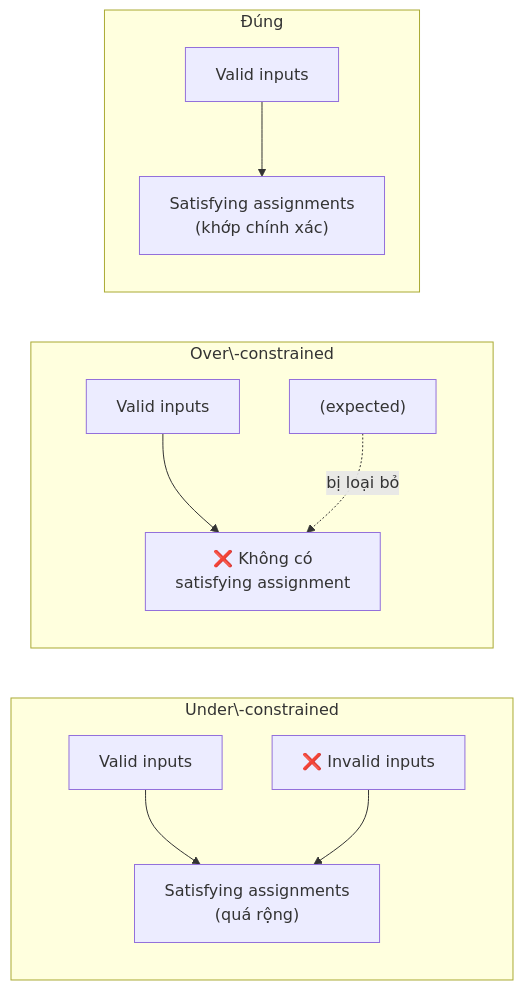
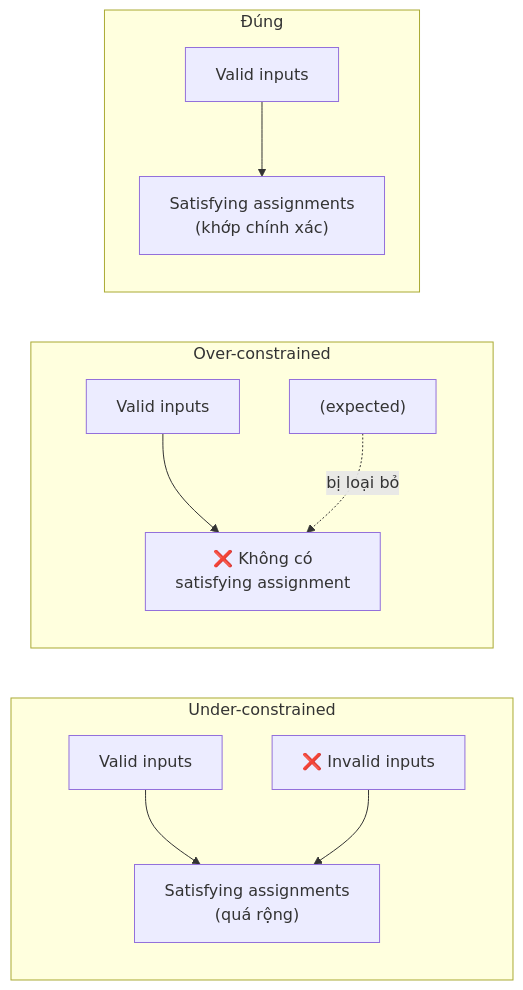
One commit to nhatminh65537/kitsu-quartz changed the first of 2 diagrams in content/zkverify-series/arithmetic-circuits/12-over-constrained-circuits.md. Above: the diagram before and after it, drawn with Mermaid. The commit also changed other lines of this file and 127 other files, not shown here.

````diff
--- a/content/zkverify-series/arithmetic-circuits/12-over-constrained-circuits.md
+++ b/content/zkverify-series/arithmetic-circuits/12-over-constrained-circuits.md
@@ -34,14 +34,14 @@
 ```mermaid
 flowchart LR
-    subgraph UC["Under\-constrained"]
+    subgraph UC["Under-constrained"]
         UI["Valid inputs"] --> UA["Satisfying assignments<br>(quá rộng)"]
         UB["❌ Invalid inputs"] --> UA
     end
-    subgraph OC["Over\-constrained"]
+    subgraph OC["Over-constrained"]
         OI["Valid inputs"] --> OA["❌ Không có<br>satisfying assignment"]
         OB["(expected)"] -.->|"bị loại bỏ"| OA
     end
     subgraph OK["Đúng"]
         GI["Valid inputs"] --> GA["Satisfying assignments<br>(khớp chính xác)"]
     end
 ```
````
